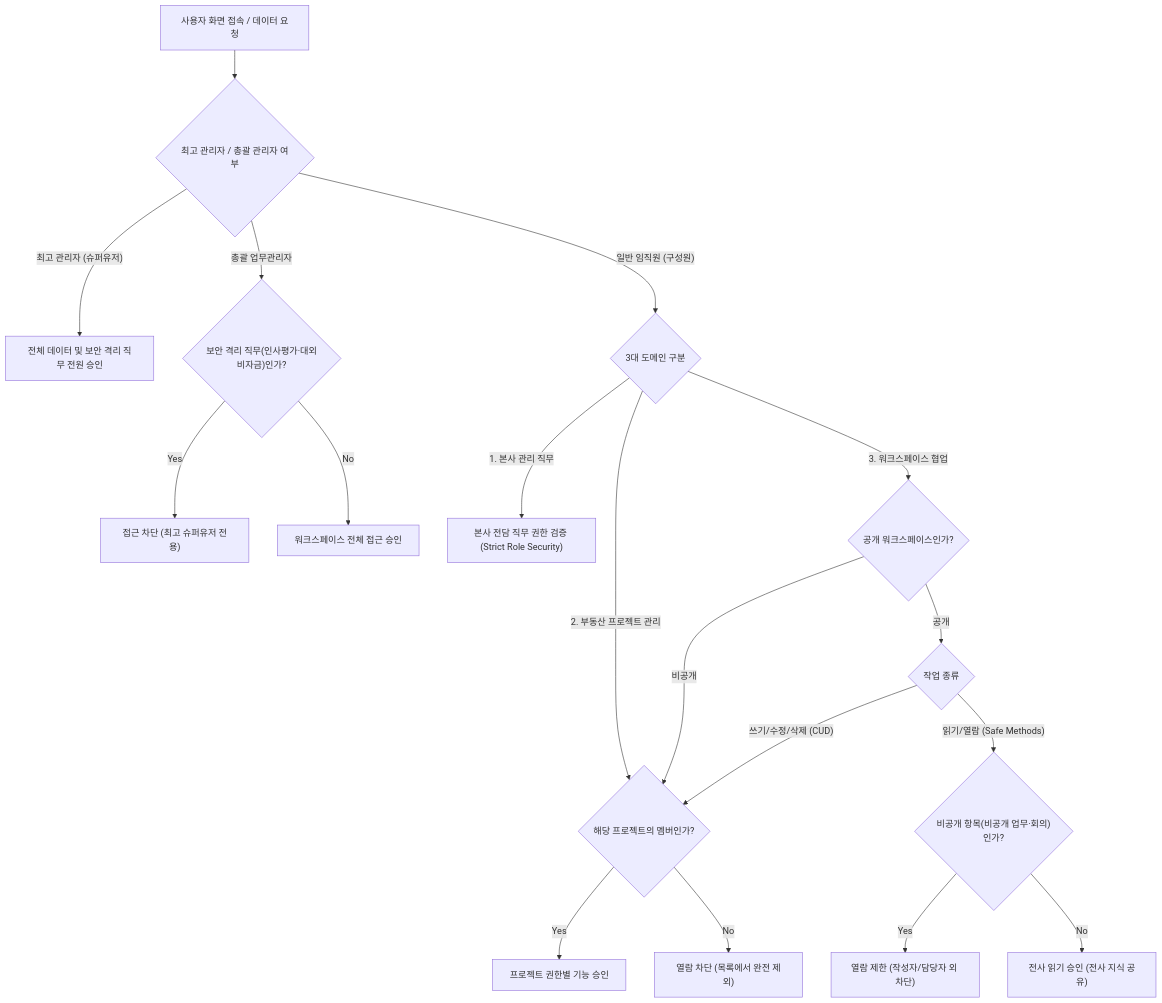
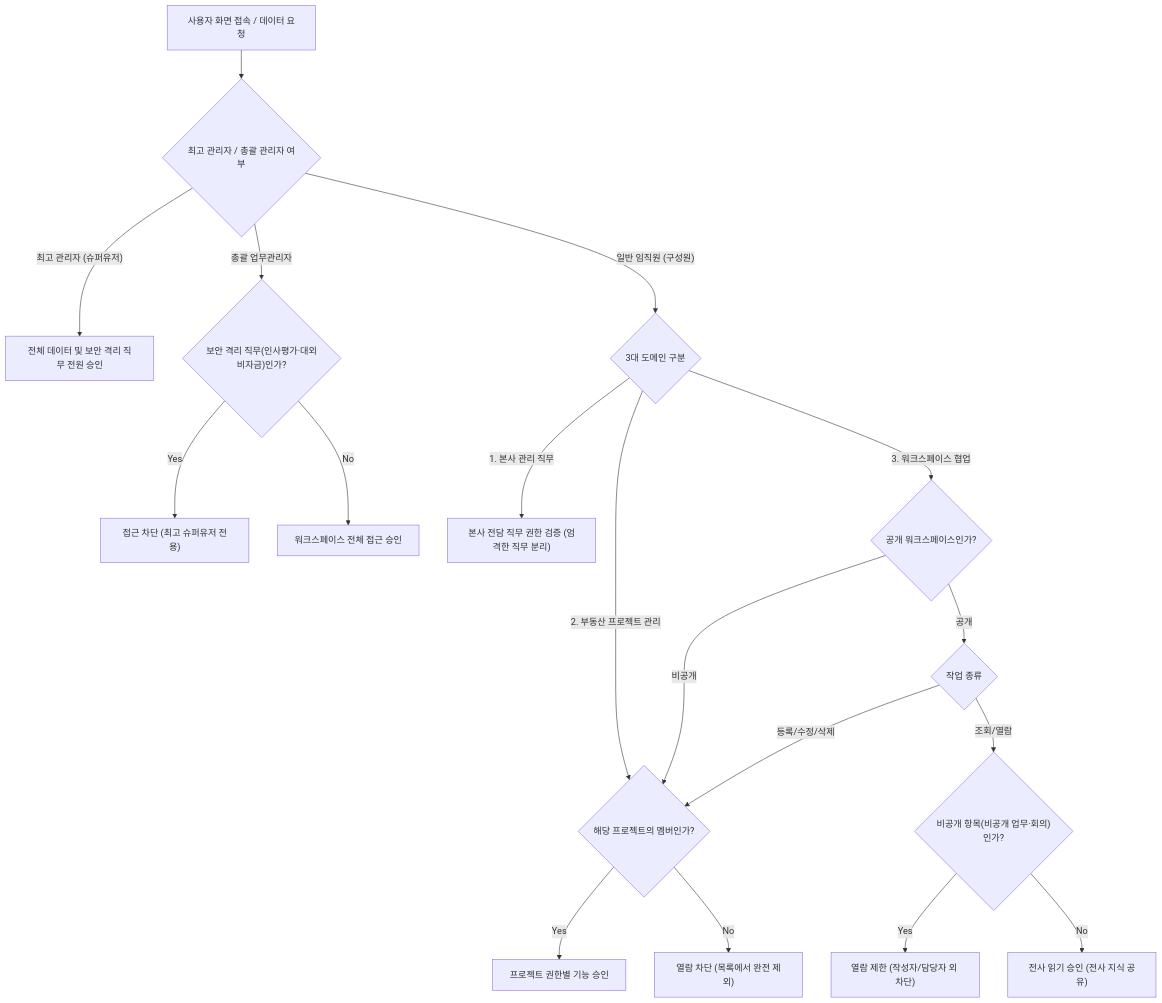
Before and after one commit to nc2U/ibs: the diagram in app/vue/docs/work-setting/security-policy.md, drawn with Mermaid. The commit also changed other lines of this file and 51 other files, not shown here.

````diff
--- a/app/vue/docs/work-setting/security-policy.md
+++ b/app/vue/docs/work-setting/security-policy.md
@@ -27,20 +26,20 @@
 ```mermaid
 flowchart TD
     A["사용자 화면 접속 / 데이터 요청"] --> B{"최고 관리자 / 총괄 관리자 여부"}
     B -- " 최고 관리자 (슈퍼유저) " --> C["전체 데이터 및 보안 격리 직무 전원 승인"]
     B -- " 총괄 업무관리자 " --> C1{"보안 격리 직무(인사평가·대외비자금)인가?"}
     C1 -- Yes --> C2["접근 차단 (최고 슈퍼유저 전용)"]
     C1 -- No --> C3["워크스페이스 전체 접근 승인"]
     B -- " 일반 임직원 (구성원) " --> D{"3대 도메인 구분"}
-    D -- " 1. 본사 관리 직무 " --> E["본사 전담 직무 권한 검증 (Strict Role Security)"]
+    D -- " 1. 본사 관리 직무 " --> E["본사 전담 직무 권한 검증 (엄격한 직무 분리)"]
     D -- " 2. 부동산 프로젝트 관리 " --> F{"해당 프로젝트의 멤버인가?"}
     F -- Yes --> F1["프로젝트 권한별 기능 승인"]
     F -- No --> F2["열람 차단 (목록에서 완전 제외)"]
     D -- " 3. 워크스페이스 협업 " --> G{"공개 워크스페이스인가?"}
     G -- " 비공개 " --> F
     G -- " 공개 " --> H{"작업 종류"}
-    H -- " 쓰기/수정/삭제 (CUD) " --> F
-    H -- " 읽기/열람 (Safe Methods) " --> I{"비공개 항목(비공개 업무·회의)인가?"}
+    H -- " 등록/수정/삭제 " --> F
+    H -- " 조회/열람 " --> I{"비공개 항목(비공개 업무·회의)인가?"}
     I -- Yes --> I1["열람 제한 (작성자/담당자 외 차단)"]
     I -- No --> I2["전사 읽기 승인 (전사 지식 공유)"]
 ```
````
